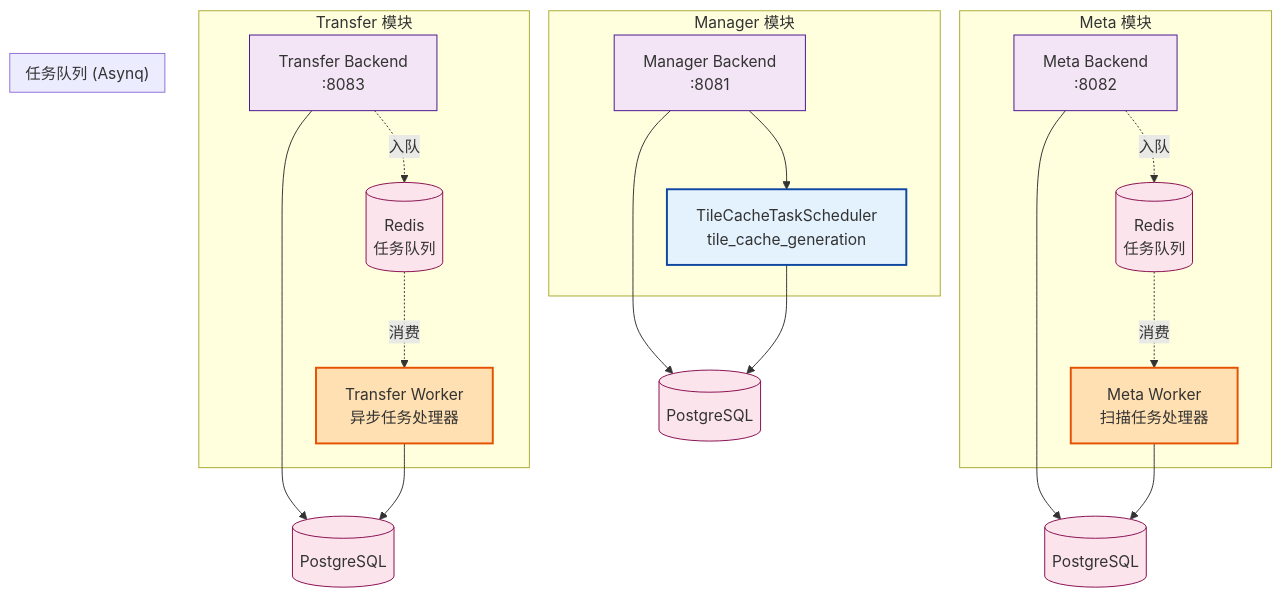
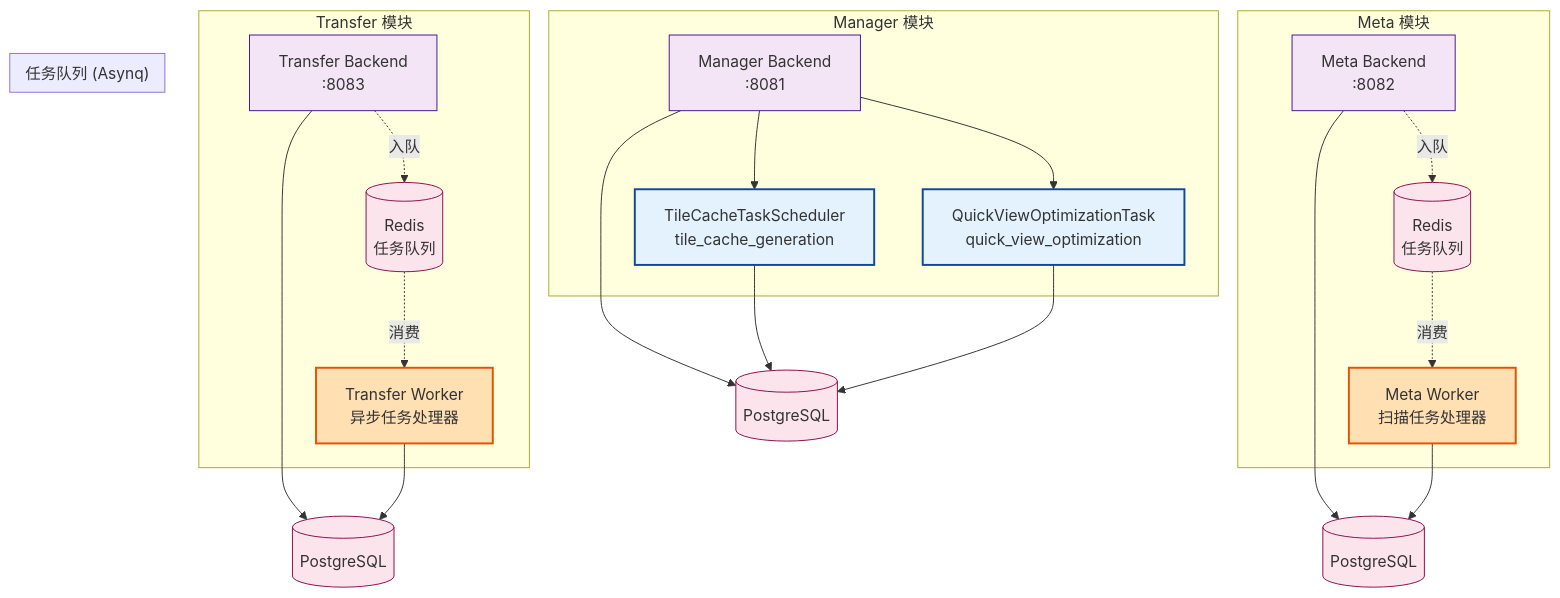
One commit to pampa0629/addp changed the fourth of 12 diagrams in docs/concepts/addp模块架构图.md. Above: the diagram before and after it, drawn with Mermaid. The commit also changed other lines of this file and 35 other files, not shown here.

````diff
--- a/docs/concepts/addp模块架构图.md
+++ b/docs/concepts/addp模块架构图.md
@@ -273,44 +273,47 @@
 ```mermaid
 graph TB
     subgraph "Transfer 模块"
         TB[Transfer Backend<br/>:8083]
         TW[Transfer Worker<br/>异步任务处理器]
         TB -.入队.-> Redis
         Redis -.消费.-> TW
     end
 
     subgraph "Meta 模块"
         MB[Meta Backend<br/>:8082]
         MW[Meta Worker<br/>扫描任务处理器]
         MB -.入队.-> Redis2[Redis]
         Redis2 -.消费.-> MW
     end
 
     subgraph "Manager 模块"
         MB2[Manager Backend<br/>:8081]
         TCS[TileCacheTaskScheduler<br/>tile_cache_generation]
+        QVO[QuickViewOptimizationTask<br/>quick_view_optimization]
         MB2 --> TCS
+        MB2 --> QVO
     end
 
     subgraph "任务队列 (Asynq)"
         Redis[(Redis<br/>任务队列)]
         Redis2[(Redis<br/>任务队列)]
     end
 
     TB --> PostgreSQL[(PostgreSQL)]
     TW --> PostgreSQL
     MB --> PostgreSQL2[(PostgreSQL)]
     MW --> PostgreSQL2
     MB2 --> PostgreSQL3[(PostgreSQL)]
     TCS --> PostgreSQL3
+    QVO --> PostgreSQL3
 
     classDef backend fill:#f3e5f5,stroke:#4a148c
     classDef worker fill:#ffe0b2,stroke:#e65100,stroke-width:2px
     classDef scheduler fill:#e3f2fd,stroke:#0d47a1,stroke-width:2px
     classDef infra fill:#fce4ec,stroke:#880e4f
 
     class TB,MB,MB2 backend
     class TW,MW worker
-    class TCS scheduler
+    class TCS,QVO scheduler
     class Redis,Redis2,PostgreSQL,PostgreSQL2,PostgreSQL3 infra
 ```
````
